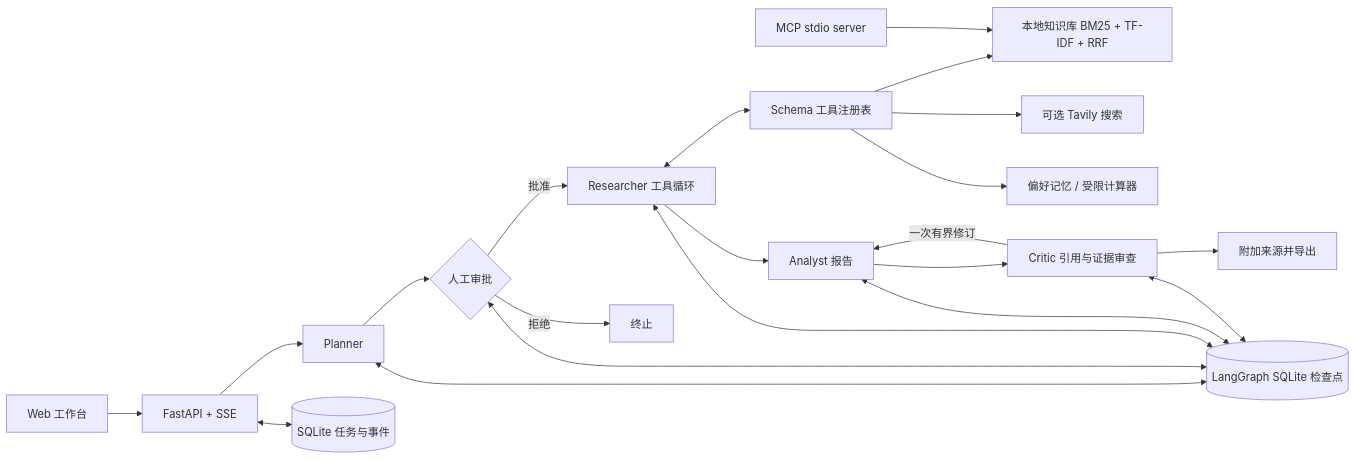
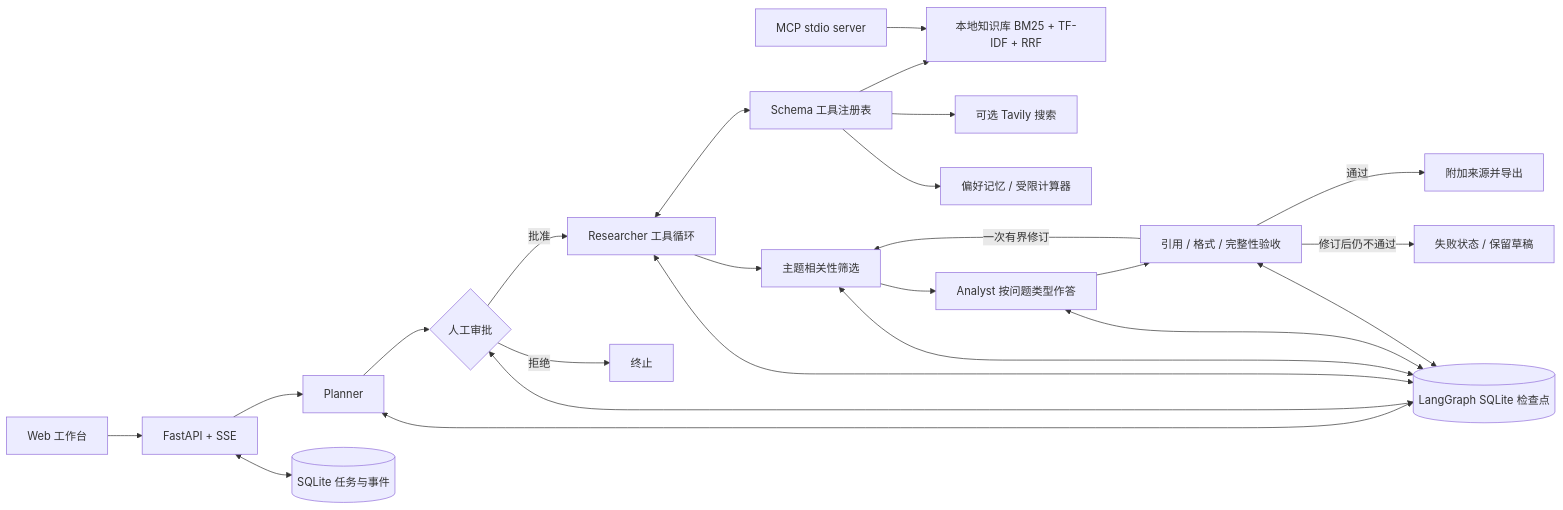
Before and after one commit to qingafun/evidenceforge-agent: the diagram in docs/ARCHITECTURE.md, drawn with Mermaid. The commit also changed other lines of this file and 17 other files, not shown here.

````diff
--- a/docs/ARCHITECTURE.md
+++ b/docs/ARCHITECTURE.md
@@ -5,19 +5,21 @@
 ```mermaid
 flowchart LR
     UI[Web 工作台] --> API[FastAPI + SSE]
     API --> P[Planner]
     P --> H{人工审批}
     H -- 批准 --> R[Researcher 工具循环]
     H -- 拒绝 --> X[终止]
     R <--> T[Schema 工具注册表]
     T --> K[本地知识库 BM25 + TF-IDF + RRF]
     T --> W[可选 Tavily 搜索]
     T --> M[偏好记忆 / 受限计算器]
-    R --> A[Analyst 报告]
-    A --> C[Critic 引用与证据审查]
-    C -- 一次有界修订 --> A
-    C --> F[附加来源并导出]
+    R --> E[主题相关性筛选]
+    E --> A[Analyst 按问题类型作答]
+    A --> C[引用 / 格式 / 完整性验收]
+    C -- 一次有界修订 --> E
+    C -- 通过 --> F[附加来源并导出]
+    C -- 修订后仍不通过 --> D[失败状态 / 保留草稿]
     API <--> S[(SQLite 任务与事件)]
-    P & H & R & A & C <--> CP[(LangGraph SQLite 检查点)]
+    P & H & R & E & A & C <--> CP[(LangGraph SQLite 检查点)]
     MCP[MCP stdio server] --> K
 ```
````
